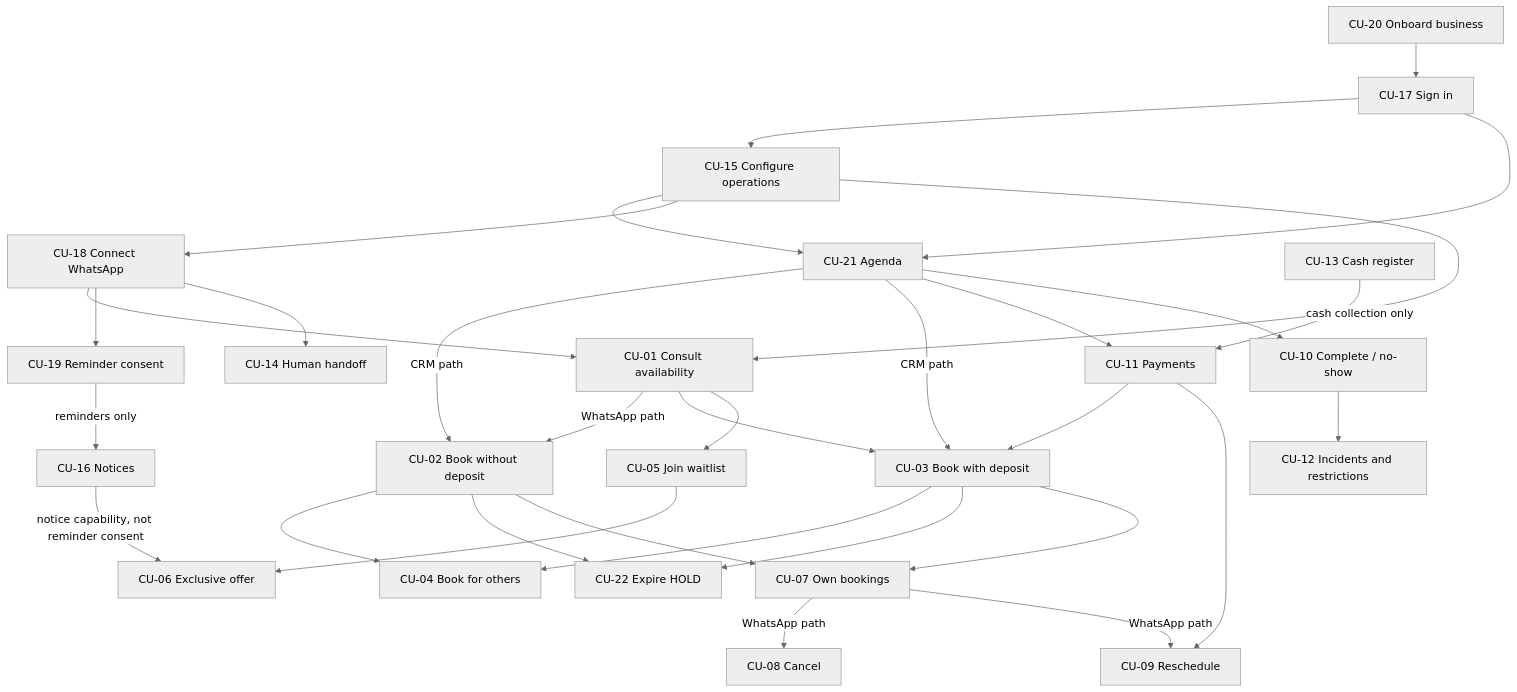
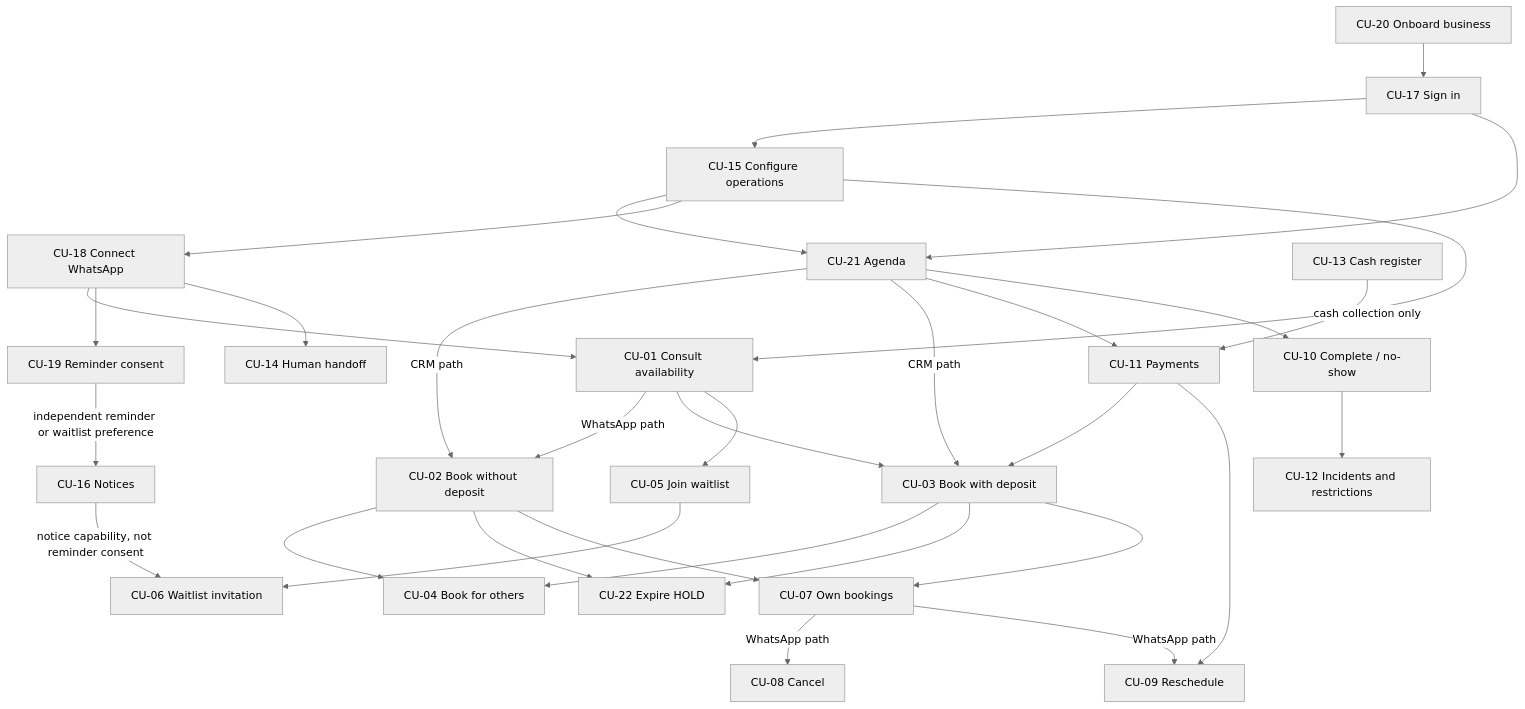
Before and after one commit to nanonoir/Agendoxa: the second of 2 diagrams in docs/product-specs/uc-02/use-cases.md, drawn with Mermaid (neutral theme). The commit also changed other lines of this file and 11 other files, not shown here.

````diff
--- a/docs/product-specs/uc-02/use-cases.md
+++ b/docs/product-specs/uc-02/use-cases.md
@@ -159,34 +159,34 @@
 ```mermaid
 flowchart TD
     CU20[CU-20 Onboard business] --> CU17[CU-17 Sign in]
     CU17 --> CU15[CU-15 Configure operations]
     CU17 --> CU21[CU-21 Agenda]
     CU15 --> CU21
     CU15 --> CU18[CU-18 Connect WhatsApp]
     CU15 --> CU01[CU-01 Consult availability]
     CU18 --> CU01
     CU18 --> CU19[CU-19 Reminder consent]
     CU18 --> CU14[CU-14 Human handoff]
     CU01 -->|WhatsApp path| CU02[CU-02 Book without deposit]
     CU21 -->|CRM path| CU02
     CU01 --> CU03[CU-03 Book with deposit]
     CU21 -->|CRM path| CU03
     CU11[CU-11 Payments] --> CU03
     CU21 --> CU11
     CU02 --> CU04[CU-04 Book for others]
     CU03 --> CU04
     CU02 --> CU22[CU-22 Expire HOLD]
     CU03 --> CU22
     CU02 --> CU07[CU-07 Own bookings]
     CU03 --> CU07
     CU07 -->|WhatsApp path| CU08[CU-08 Cancel]
     CU07 -->|WhatsApp path| CU09[CU-09 Reschedule]
     CU11 --> CU09
     CU21 --> CU10[CU-10 Complete / no-show]
     CU10 --> CU12[CU-12 Incidents and restrictions]
     CU13[CU-13 Cash register] -->|cash collection only| CU11
-    CU19 -->|reminders only| CU16[CU-16 Notices]
+    CU19 -->|independent reminder or waitlist preference| CU16[CU-16 Notices]
     CU01 --> CU05[CU-05 Join waitlist]
-    CU05 --> CU06[CU-06 Exclusive offer]
+    CU05 --> CU06[CU-06 Waitlist invitation]
     CU16 -->|notice capability, not reminder consent| CU06
 ```
````
